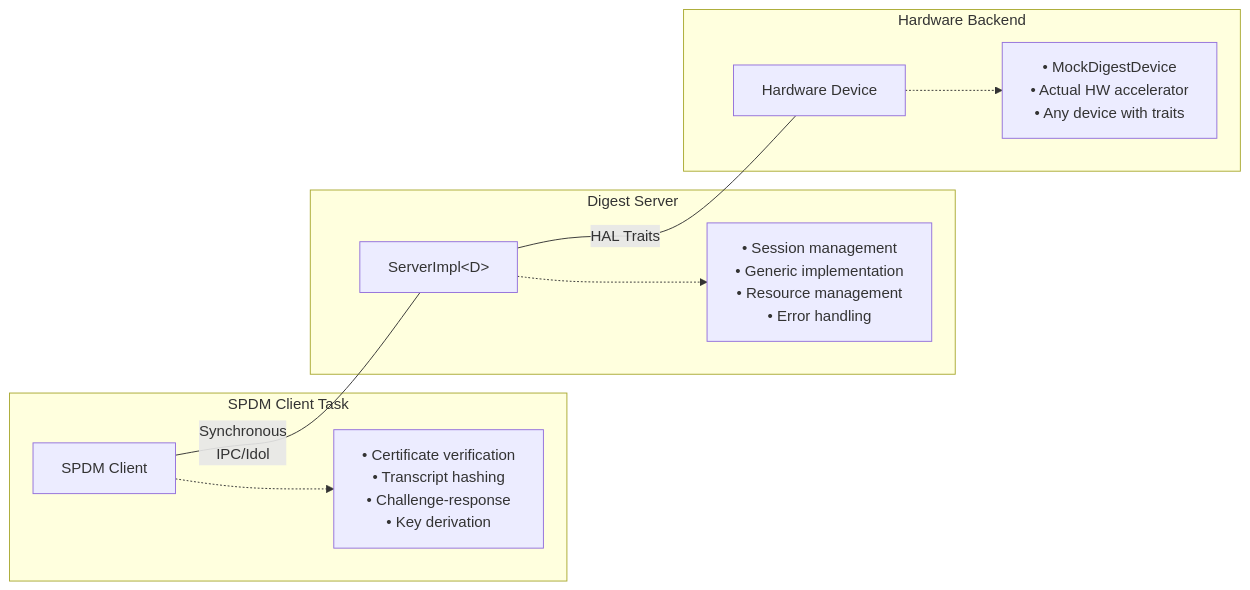
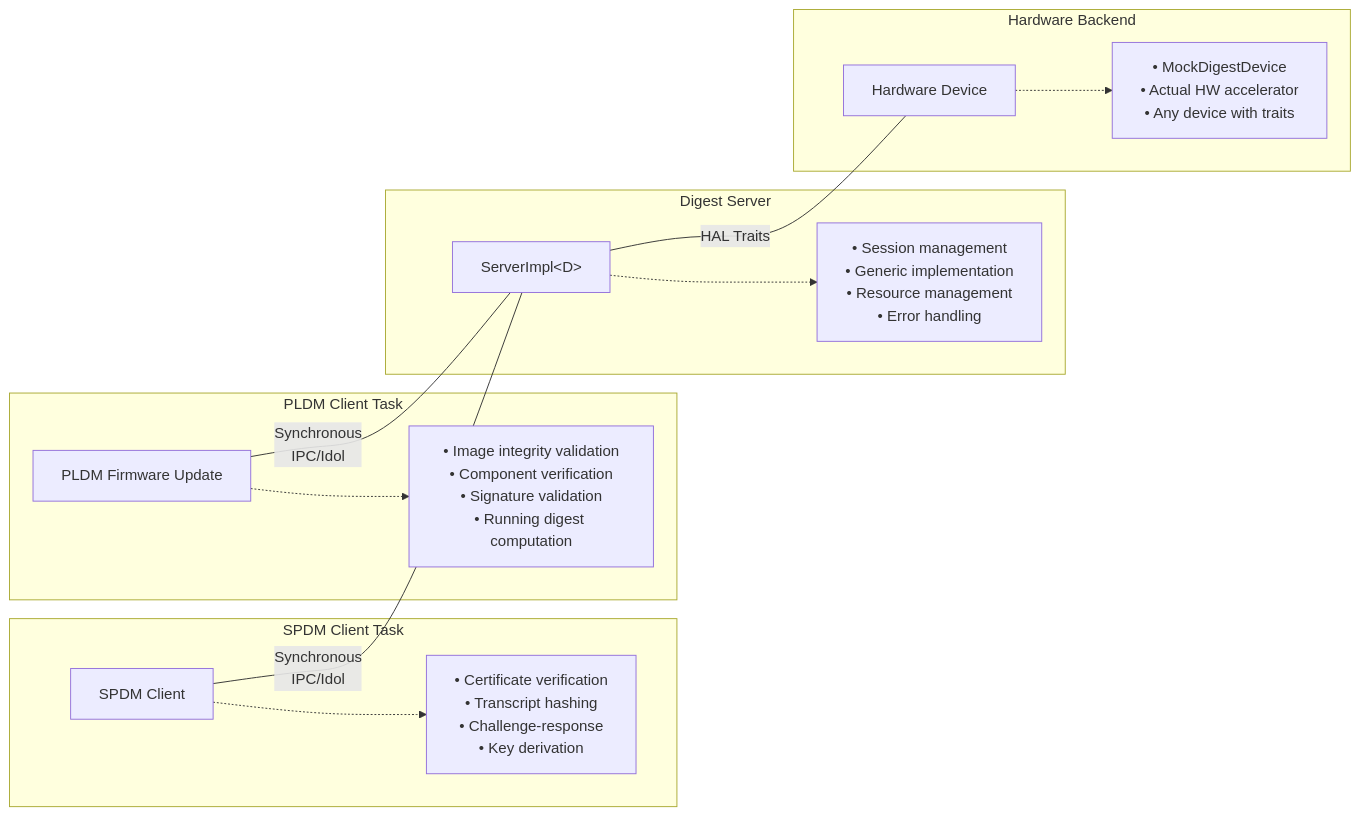
Before and after one commit to rusty1968/openprot: the first of 12 diagrams in docs/src/hash-driver-hubris.md, drawn with Mermaid. The commit also changed other lines of this file, not shown here.

````diff
--- a/docs/src/hash-driver-hubris.md
+++ b/docs/src/hash-driver-hubris.md
@@ -63,24 +72,31 @@
 ```mermaid
 graph LR
     subgraph "SPDM Client Task"
         SC[SPDM Client]
         SCV[• Certificate verification<br/>• Transcript hashing<br/>• Challenge-response<br/>• Key derivation]
+    end
+    
+    subgraph "PLDM Client Task"
+        PC[PLDM Firmware Update]
+        PCV[• Image integrity validation<br/>• Component verification<br/>• Signature validation<br/>• Running digest computation]
     end
     
     subgraph "Digest Server"
         DS[ServerImpl&lt;D&gt;]
         DSV[• Session management<br/>• Generic implementation<br/>• Resource management<br/>• Error handling]
     end
     
     subgraph "Hardware Backend"
         HW[Hardware Device]
         HWV[• MockDigestDevice<br/>• Actual HW accelerator<br/>• Any device with traits]
     end
     
     SC ---|Synchronous<br/>IPC/Idol| DS
+    PC ---|Synchronous<br/>IPC/Idol| DS
     DS ---|HAL Traits| HW
     
     SC -.-> SCV
+    PC -.-> PCV
     DS -.-> DSV
     HW -.-> HWV
 ```
````
